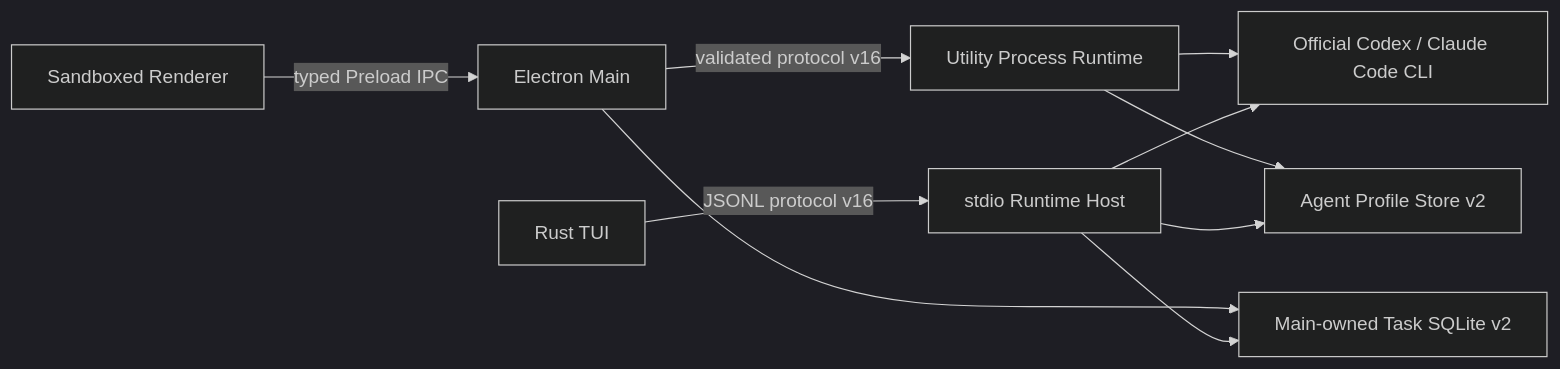
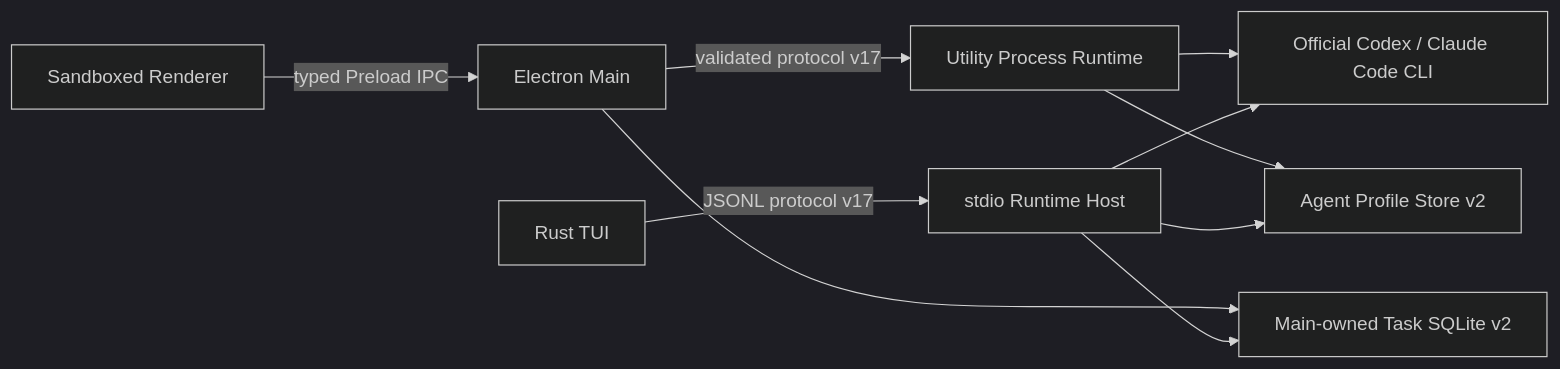
One commit to spencer17x/rux changed the first of 2 diagrams in docs/desktop-architecture.md. Above: the diagram before and after it, drawn with Mermaid (dark theme). The commit also changed other lines of this file and 43 other files, not shown here.

````diff
--- a/docs/desktop-architecture.md
+++ b/docs/desktop-architecture.md
@@ -10,12 +10,12 @@
 ```mermaid
 flowchart LR
   UI["Sandboxed Renderer"] -->|"typed Preload IPC"| Main["Electron Main"]
-  Main -->|"validated protocol v16"| Runtime["Utility Process Runtime"]
-  TUI["Rust TUI"] -->|"JSONL protocol v16"| Host["stdio Runtime Host"]
+  Main -->|"validated protocol v17"| Runtime["Utility Process Runtime"]
+  TUI["Rust TUI"] -->|"JSONL protocol v17"| Host["stdio Runtime Host"]
   Runtime --> CLI["Official Codex / Claude Code CLI"]
   Host --> CLI
   Main --> Tasks["Main-owned Task SQLite v2"]
   Runtime --> Profiles["Agent Profile Store v2"]
   Host --> Profiles
   Host --> Tasks
 ```
````
